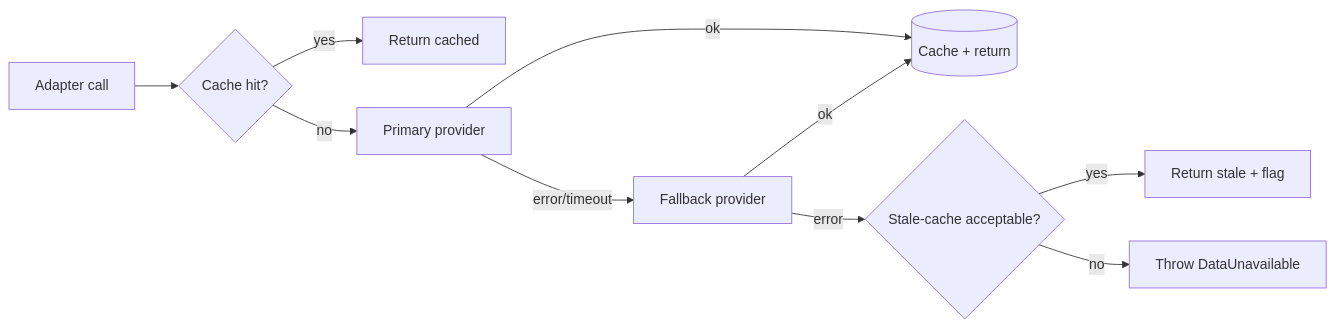
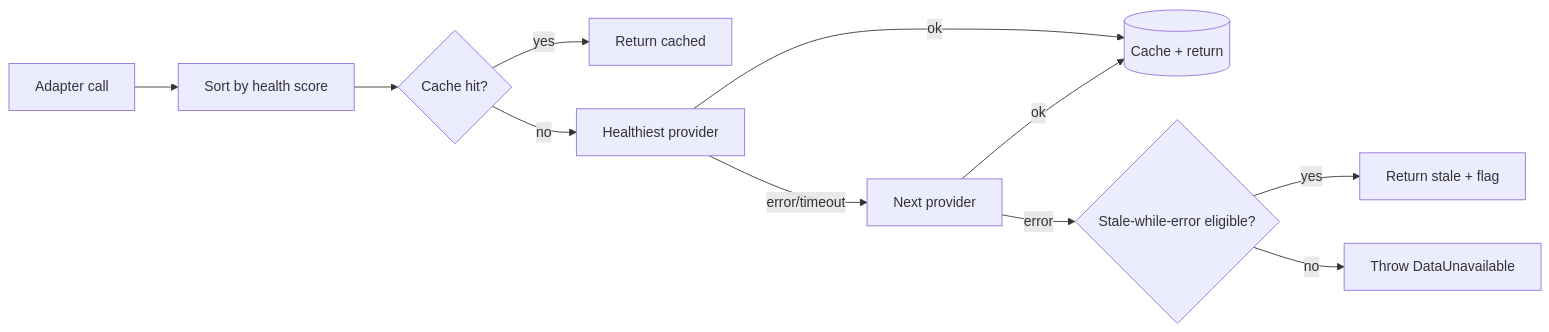
Before and after one commit to HamaFx/Kestrel: the diagram in docs/06-data-sources.md, drawn with Mermaid. The commit also changed other lines of this file and 13 other files, not shown here.

````diff
--- a/docs/06-data-sources.md
+++ b/docs/06-data-sources.md
@@ -109,12 +109,13 @@
 ```mermaid
 flowchart LR
-    A[Adapter call] --> C{Cache hit?}
+    A[Adapter call] --> H[Sort by health score]
+    H --> C{Cache hit?}
     C -- yes --> R[Return cached]
-    C -- no --> P1[Primary provider]
+    C -- no --> P1[Healthiest provider]
     P1 -- ok --> S[(Cache + return)]
-    P1 -- error/timeout --> P2[Fallback provider]
+    P1 -- error/timeout --> P2[Next provider]
     P2 -- ok --> S
-    P2 -- error --> SC{Stale-cache acceptable?}
+    P2 -- error --> SC{Stale-while-error eligible?}
     SC -- yes --> RS[Return stale + flag]
     SC -- no --> ERR[Throw DataUnavailable]
 ```
````
